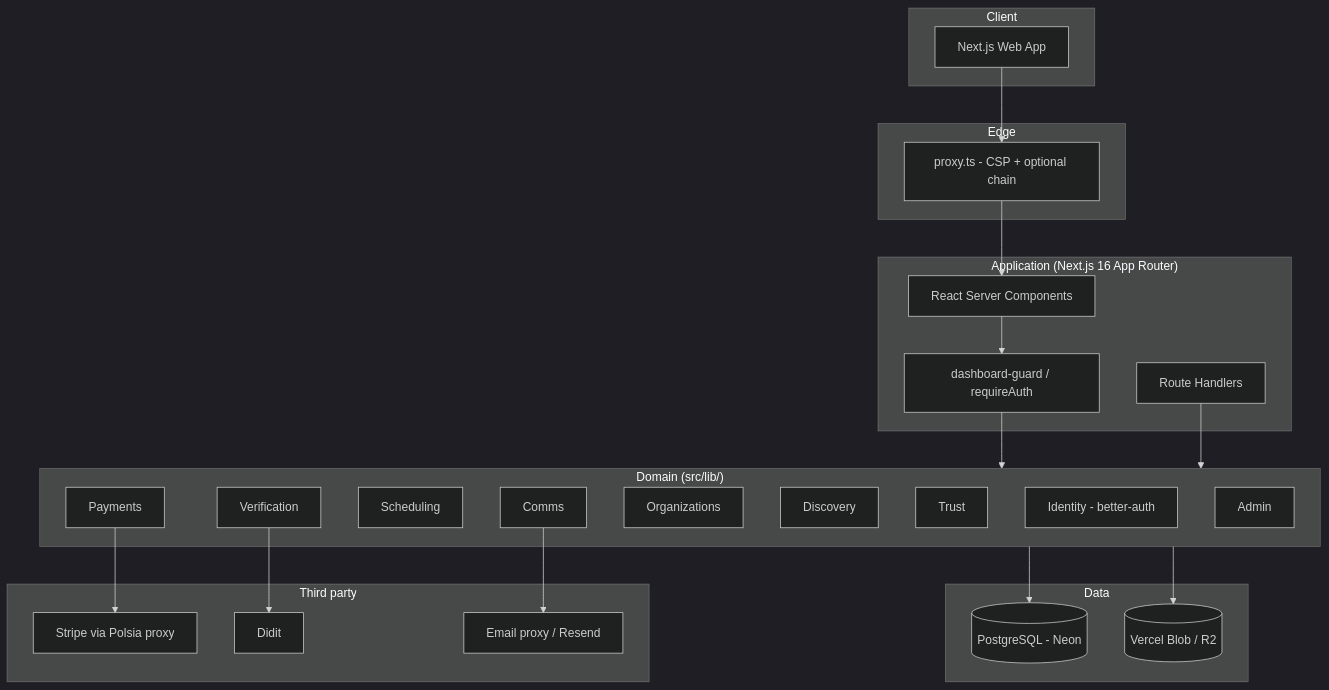
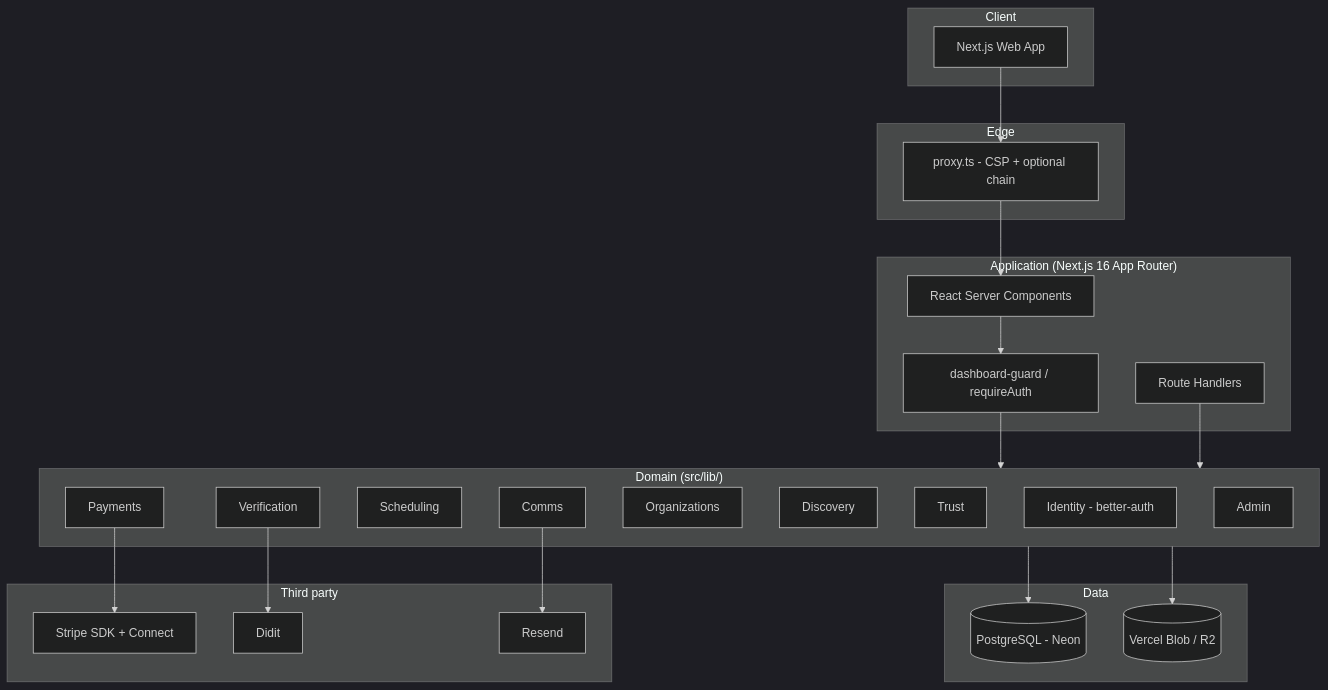
Before and after one commit to RookieProgrammer45/korprivat: the diagram in docs/architecture.md, drawn with Mermaid (dark theme). The commit also changed other lines of this file and 82 other files, not shown here.

````diff
--- a/docs/architecture.md
+++ b/docs/architecture.md
@@ -69,48 +69,48 @@
 ```mermaid
 flowchart TB
   subgraph Client
     WEB[Next.js Web App]
   end
 
   subgraph Edge["Edge"]
     PROXY[proxy.ts - CSP + optional chain]
   end
 
   subgraph App["Application (Next.js 16 App Router)"]
     RSC[React Server Components]
     API[Route Handlers]
     GUARD[dashboard-guard / requireAuth]
   end
 
   subgraph Domain["Domain (src/lib/)"]
     IDENT[Identity - better-auth]
     VERIF[Verification]
     BOOK[Scheduling]
     PAY[Payments]
     ORG[Organizations]
     DISC[Discovery]
     REV[Trust]
     COMM[Comms]
     ADMIN[Admin]
   end
 
   subgraph Data["Data"]
     PG[(PostgreSQL - Neon)]
     BLOB[(Vercel Blob / R2)]
   end
 
   subgraph Third["Third party"]
-    STRIPE[Stripe via Polsia proxy]
+    STRIPE[Stripe SDK + Connect]
     DIDIT[Didit]
-    EMAIL[Email proxy / Resend]
+    EMAIL[Resend]
   end
 
   WEB --> PROXY --> RSC
   RSC --> GUARD --> Domain
   API --> Domain
   Domain --> PG
   Domain --> BLOB
   PAY --> STRIPE
   VERIF --> DIDIT
   COMM --> EMAIL
 ```
````
